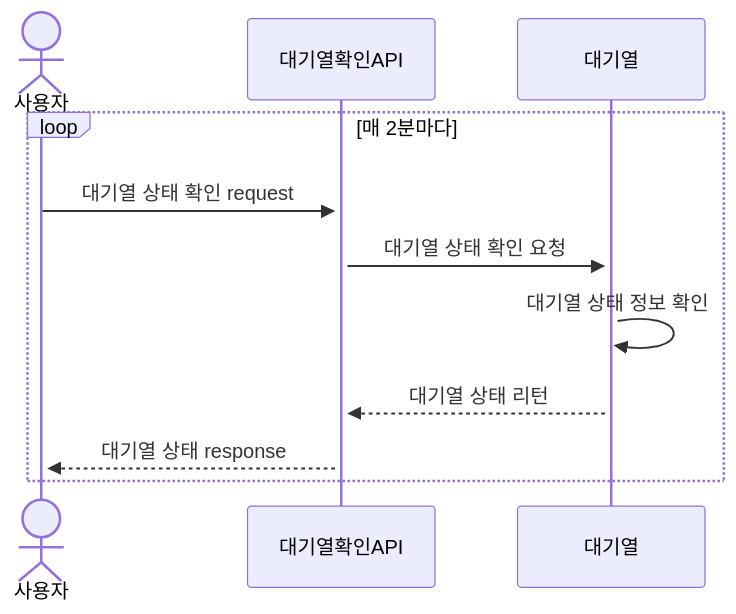
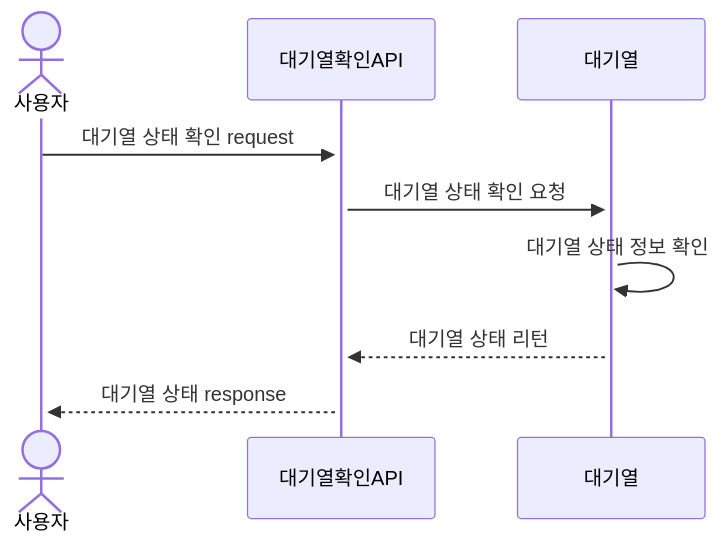
Before and after one commit to jangyoojeong/hhplus-ticketing-week03: the second of 8 diagrams in doc/SEQUENCS.md, drawn with Mermaid.

````diff
--- a/doc/SEQUENCS.md
+++ b/doc/SEQUENCS.md
@@ -31,15 +31,13 @@
 ```mermaid
 sequenceDiagram
     actor 사용자
     participant 대기열확인API
     participant 대기열
 
-    loop 매 2분마다
-        사용자->>+대기열확인API: 대기열 상태 확인 request
-        대기열확인API->>+대기열: 대기열 상태 확인 요청
-        대기열->>+대기열: 대기열 상태 정보 확인
-        대기열-->>+대기열확인API: 대기열 상태 리턴
-        대기열확인API-->>+사용자: 대기열 상태 response
-    end
+    사용자->>+대기열확인API: 대기열 상태 확인 request
+    대기열확인API->>+대기열: 대기열 상태 확인 요청
+    대기열->>+대기열: 대기열 상태 정보 확인
+    대기열-->>+대기열확인API: 대기열 상태 리턴
+    대기열확인API-->>+사용자: 대기열 상태 response
     
 ```
````
